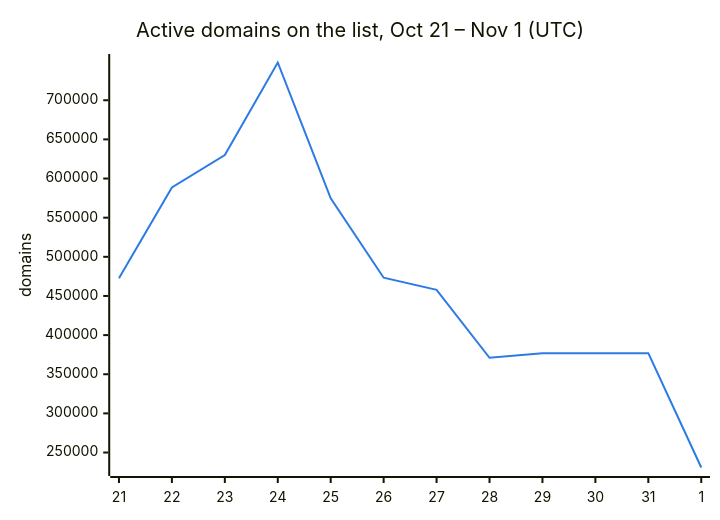
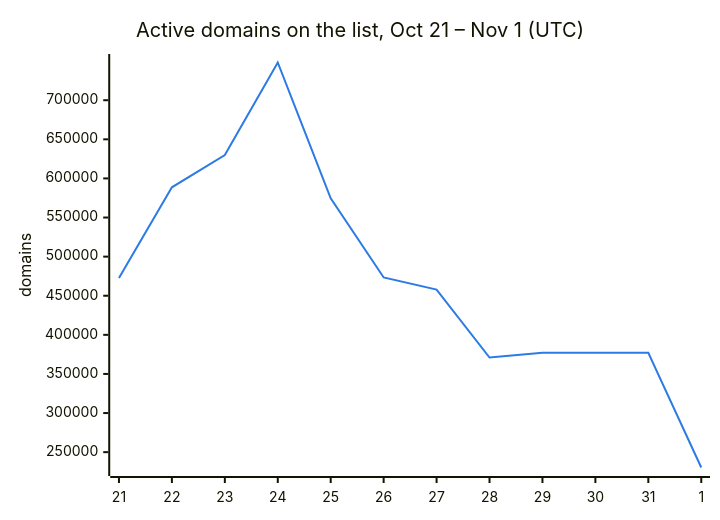
The second of 3 diagrams in README.md (DNSBunker/CTI), drawn with Mermaid before and after one commit. The commit also changed other lines of this file and 3 other files, not shown here.

````diff
--- a/README.md
+++ b/README.md
@@ -38,8 +38,8 @@
 ```mermaid
 %%{init: {"themeVariables": {"xyChart": {"plotColorPalette": "#2c7be5"}}}}%%
 xychart-beta
     title "Active domains on the list, Oct 21 – Nov 1 (UTC)"
     x-axis ["21", "22", "23", "24", "25", "26", "27", "28", "29", "30", "31", "1"]
     y-axis "domains"
-    line [472713, 588659, 629951, 748222, 574614, 473331, 457795, 371010, 376945, 376945, 376945, 230871]
+    line [472713, 588659, 629951, 748222, 574614, 473331, 457795, 371010, 376945, 376945, 376945, 230378]
 ```
````
